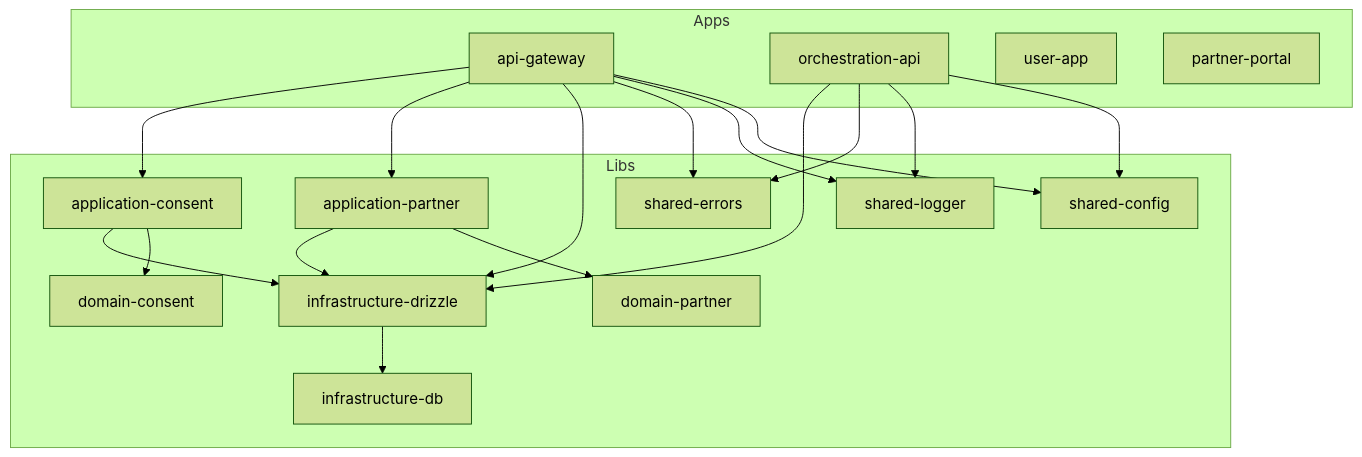
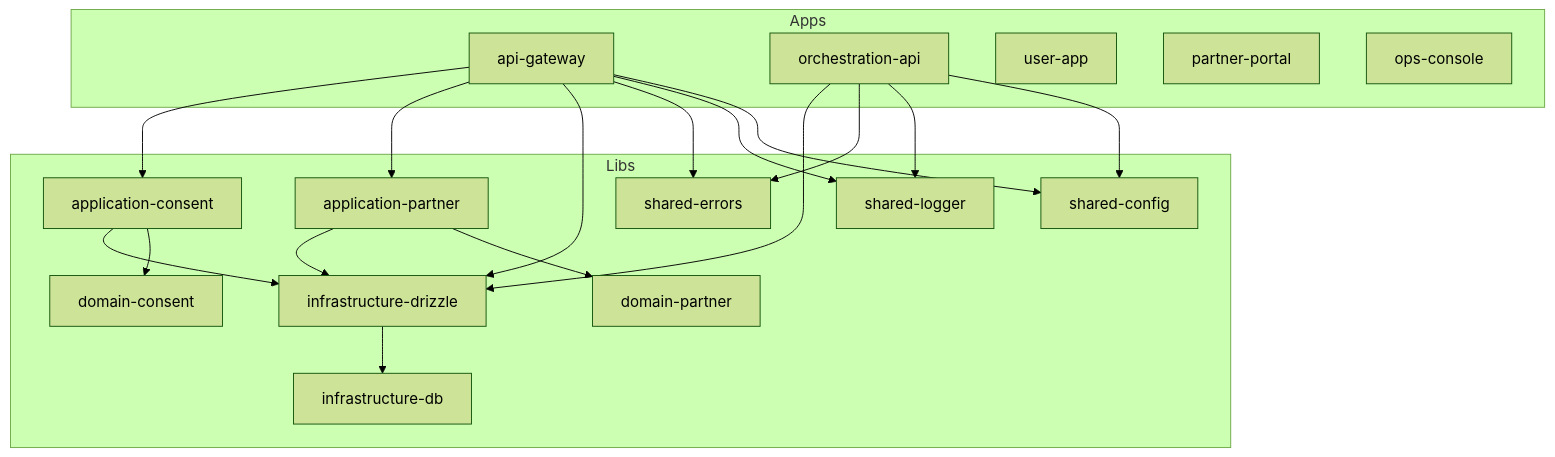
The diagram in docs/architecture.md (Yuri-Lima/Ultima-Forma-MVP), drawn with Mermaid (forest theme) before and after one commit. The commit also changed other lines of this file and 60 other files, not shown here.

````diff
--- a/docs/architecture.md
+++ b/docs/architecture.md
@@ -5,37 +5,38 @@
 ```mermaid
 flowchart TB
     subgraph apps [Apps]
         apiGW[api-gateway]
         orch[orchestration-api]
         userApp[user-app]
         partner[partner-portal]
+        opsConsole[ops-console]
     end
 
     subgraph libs [Libs]
         config[shared-config]
         logger[shared-logger]
         errors[shared-errors]
         db[infrastructure-db]
         drizzle[infrastructure-drizzle]
         domainPartner[domain-partner]
         appPartner[application-partner]
         domainConsent[domain-consent]
         appConsent[application-consent]
     end
 
     apiGW --> config
     apiGW --> logger
     apiGW --> errors
     apiGW --> drizzle
     apiGW --> appPartner
     apiGW --> appConsent
     appPartner --> domainPartner
     appPartner --> drizzle
     appConsent --> domainConsent
     appConsent --> drizzle
     orch --> config
     orch --> logger
     orch --> errors
     orch --> drizzle
     drizzle --> db
 ```
````
